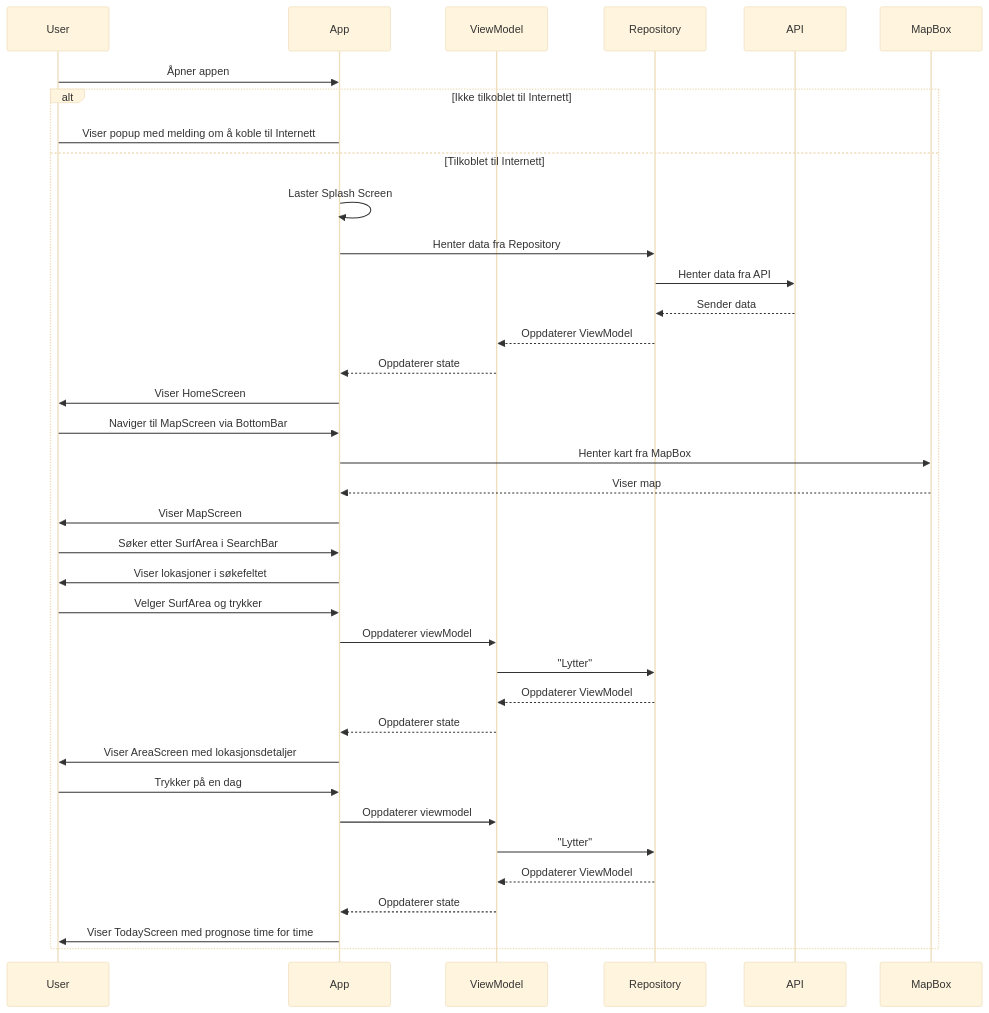
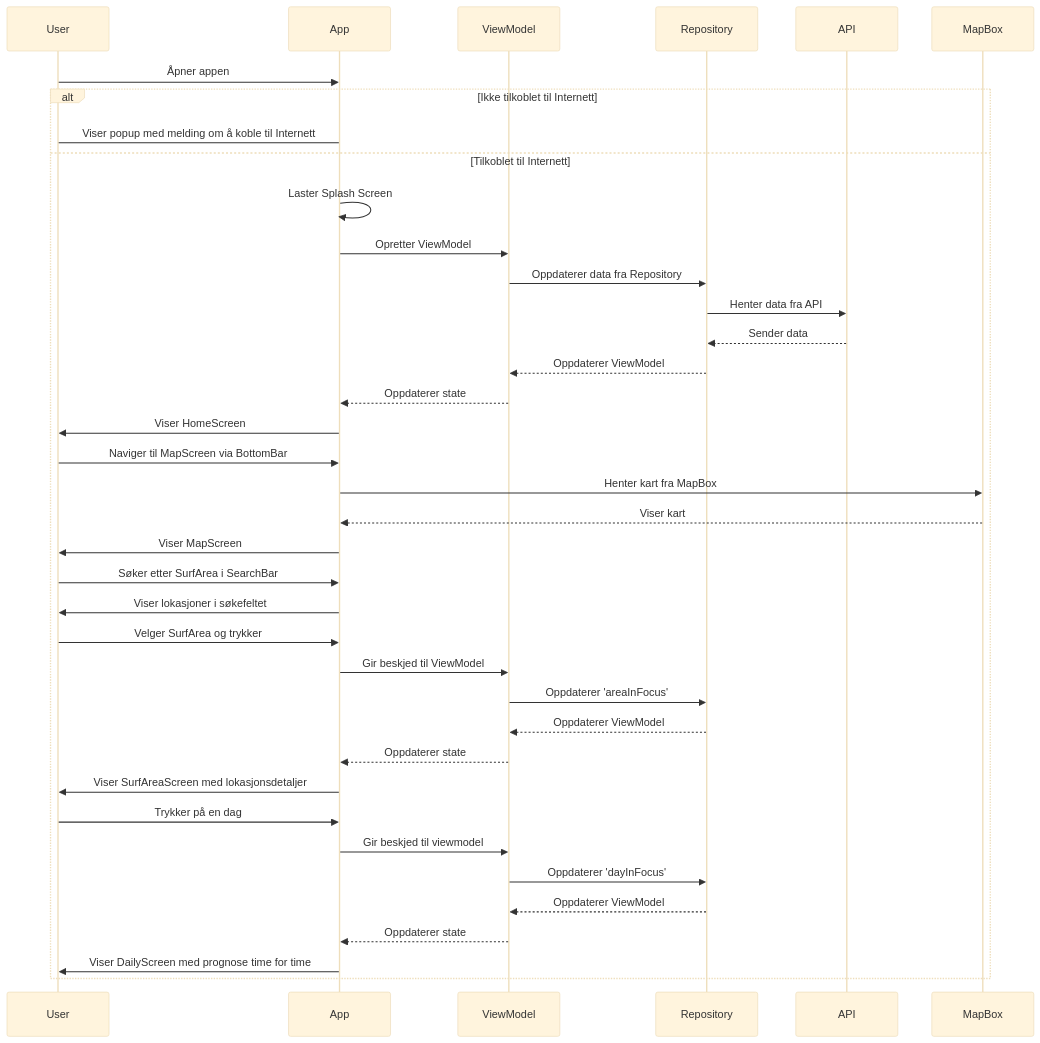
Before and after one commit to orjanhsy/smacklip-surf: the third of 4 diagrams in MODELING.md, drawn with Mermaid (base theme). The commit also changed other lines of this file, not shown here.

Commit message:
adjust text in both sequence diagram

````diff
--- a/MODELING.md
+++ b/MODELING.md
@@ -105,40 +106,41 @@
 ```mermaid
 sequenceDiagram
     participant User
     participant App
     participant ViewModel
     participant Repository
     participant API
     Participant MapBox
 
     User->>App: Åpner appen
     alt Ikke tilkoblet til Internett
         App->User: Viser popup med melding om å koble til Internett
     else Tilkoblet til Internett
     App->>App: Laster Splash Screen
-         App->>Repository: Henter data fra Repository
+        App->>ViewModel: Opretter ViewModel
+        ViewModel->>Repository: Oppdaterer data fra Repository
         Repository->>API: Henter data fra API
         API-->>Repository: Sender data
         Repository-->>ViewModel: Oppdaterer ViewModel
         ViewModel -->>App: Oppdaterer state
         App->>User: Viser HomeScreen
         User->>App: Naviger til MapScreen via BottomBar
         App->>MapBox: Henter kart fra MapBox
-        MapBox-->>App: Viser map
+        MapBox-->>App: Viser kart
         App->>User: Viser MapScreen
         User->>App: Søker etter SurfArea i SearchBar
         App->>User: Viser lokasjoner i søkefeltet
         User->>App: Velger SurfArea og trykker
-        App ->>ViewModel: Oppdaterer viewModel
-        ViewModel->>Repository: "Lytter"
+        App ->>ViewModel: Gir beskjed til ViewModel
+        ViewModel->>Repository: Oppdaterer 'areaInFocus'
         Repository-->>ViewModel: Oppdaterer ViewModel
         ViewModel -->>App: Oppdaterer state
-        App->>User: Viser AreaScreen med lokasjonsdetaljer
+        App->>User: Viser SurfAreaScreen med lokasjonsdetaljer
         User->>App: Trykker på en dag
-        App ->>ViewModel: Oppdaterer viewmodel
-        ViewModel->>Repository: "Lytter"
+        App ->>ViewModel: Gir beskjed til viewmodel
+        ViewModel->>Repository: Oppdaterer 'dayInFocus'
         Repository-->>ViewModel: Oppdaterer ViewModel
         ViewModel -->>App: Oppdaterer state
-        App->>User: Viser TodayScreen med prognose time for time
+        App->>User: Viser DailyScreen med prognose time for time
     end
 ```
````
